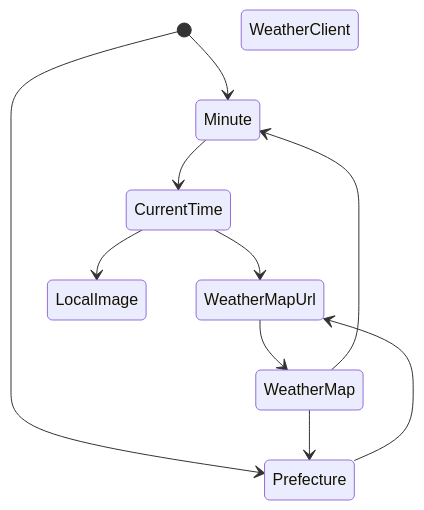
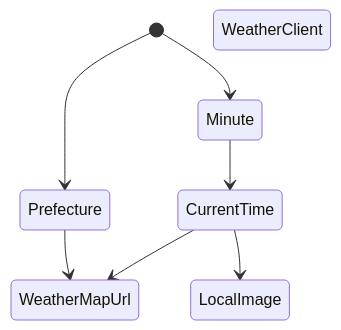
The first of 2 diagrams in README.md (azul915/rain-monitor), drawn with Mermaid before and after one commit. The commit also changed other lines of this file and 1 other file, not shown here.

````diff
--- a/README.md
+++ b/README.md
@@ -3,15 +3,12 @@
 ```mermaid
 stateDiagram-v2
 	[*] --> Minute
 	[*] --> Prefecture
 	Minute --> CurrentTime
 	CurrentTime --> WeatherMapUrl
 	Prefecture --> WeatherMapUrl
-	WeatherMapUrl --> WeatherMap
 
 	CurrentTime --> LocalImage
 
-	WeatherMap --> Prefecture
-	WeatherMap --> Minute
 	WeatherClient
 ```
````
